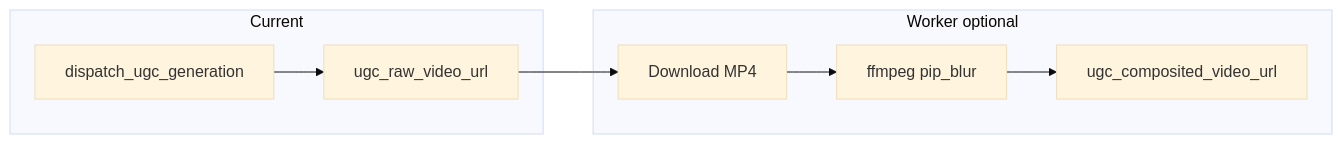
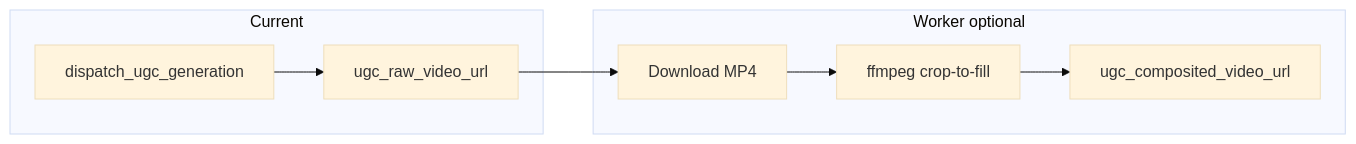
The diagram in docs/ugc-compositing-design.md (gal0673-jpg/ai-banner-generator), drawn with Mermaid (base theme) before and after one commit. The commit also changed other lines of this file and 15 other files, not shown here.

````diff
--- a/docs/ugc-compositing-design.md
+++ b/docs/ugc-compositing-design.md
@@ -34,14 +34,14 @@
 ```mermaid
 flowchart LR
   subgraph today [Current]
     P[dispatch_ugc_generation]
     R[ugc_raw_video_url]
     P --> R
   end
   subgraph composite [Worker optional]
     DL[Download MP4]
-    FF[ffmpeg pip_blur]
+    FF[ffmpeg crop-to-fill]
     C[ugc_composited_video_url]
     R --> DL --> FF --> C
   end
 ```
````
